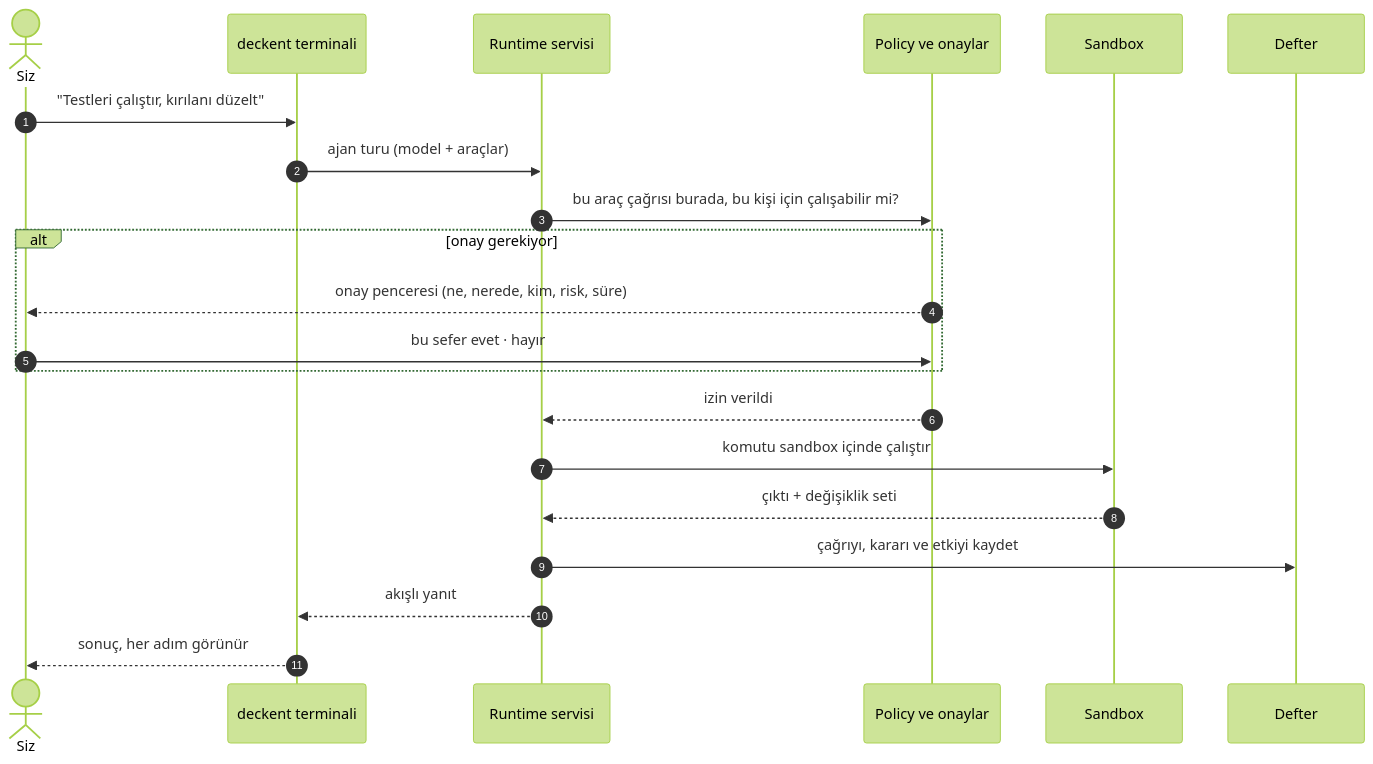
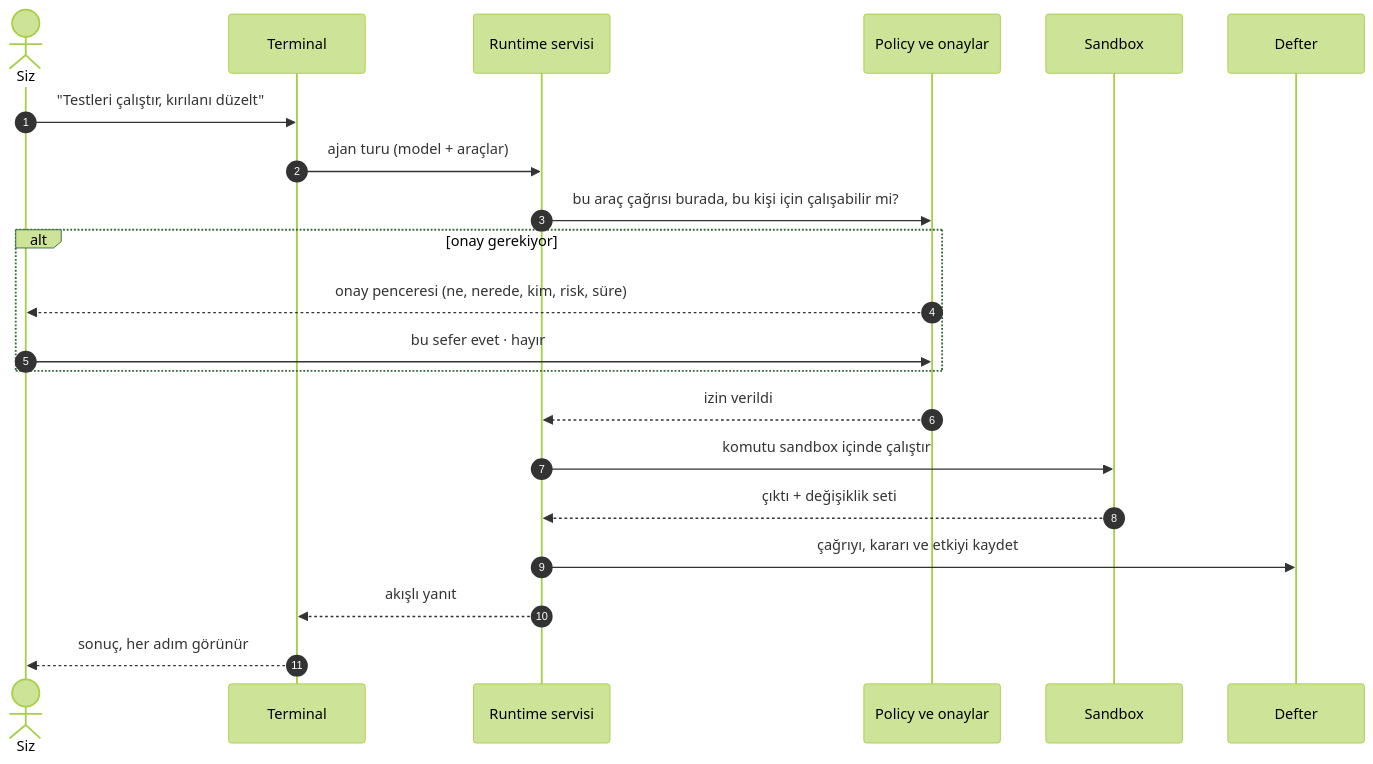
One commit to Verhex/deckent-next changed the first of 6 diagrams in README.tr.md. Above: the diagram before and after it, drawn with Mermaid (forest theme). The commit also changed 6 other files, not shown here.

````diff
--- a/README.tr.md
+++ b/README.tr.md
@@ -69,23 +69,23 @@
 ```mermaid
 sequenceDiagram
   autonumber
   actor Siz
-  participant T as deckent terminali
+  participant T as Terminal
   participant R as Runtime servisi
   participant P as Policy ve onaylar
   participant B as Sandbox
   participant L as Defter
   Siz->>T: "Testleri çalıştır, kırılanı düzelt"
   T->>R: ajan turu (model + araçlar)
   R->>P: bu araç çağrısı burada, bu kişi için çalışabilir mi?
   alt onay gerekiyor
     P-->>Siz: onay penceresi (ne, nerede, kim, risk, süre)
     Siz->>P: bu sefer evet · hayır
   end
   P-->>R: izin verildi
   R->>B: komutu sandbox içinde çalıştır
   B-->>R: çıktı + değişiklik seti
   R->>L: çağrıyı, kararı ve etkiyi kaydet
   R-->>T: akışlı yanıt
   T-->>Siz: sonuç, her adım görünür
 ```
````
